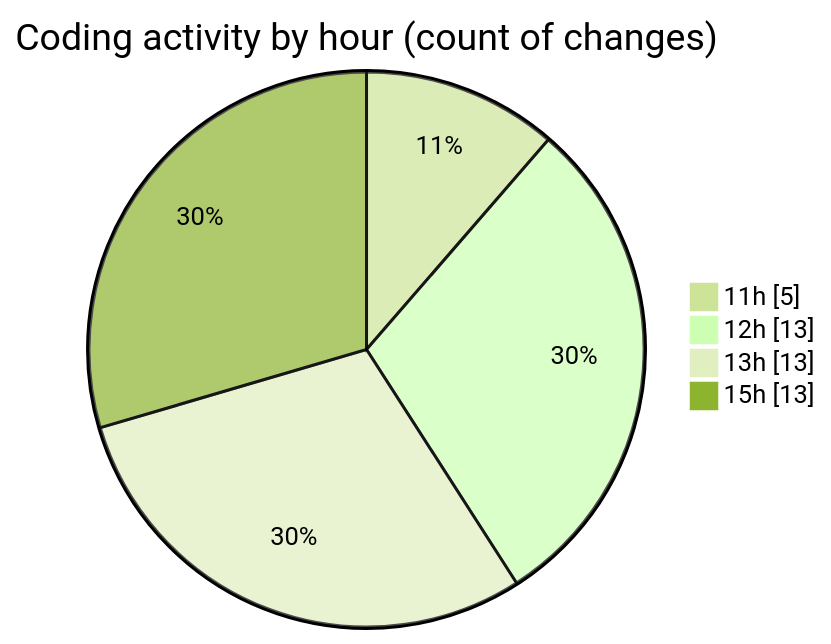
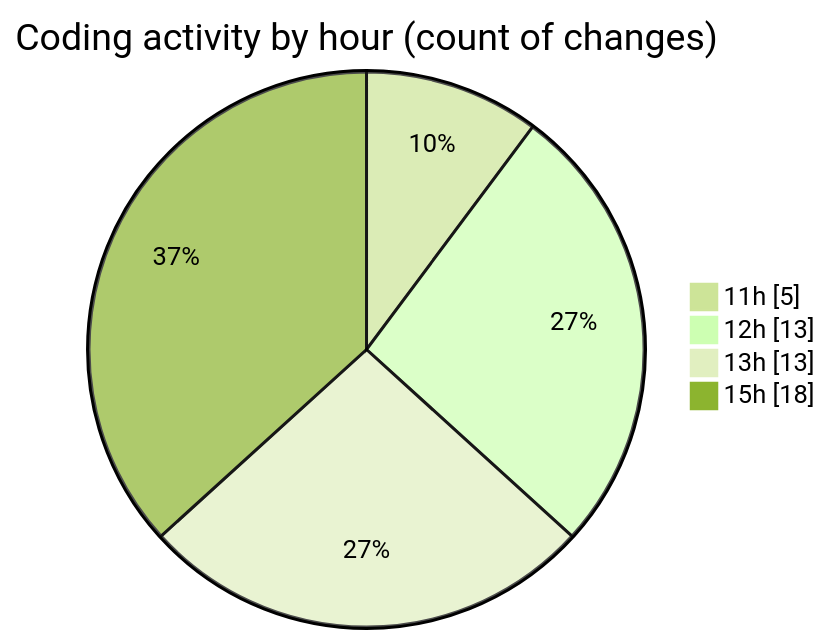
The second of 2 diagrams in 2025-08-06/nxtqube_webapp/README.md (nxtqubesakshisongat/code-tracking), drawn with Mermaid (forest theme) before and after one commit. The commit also changed other lines of this file and 1 other file, not shown here.

````diff
--- a/2025-08-06/nxtqube_webapp/README.md
+++ b/2025-08-06/nxtqube_webapp/README.md
@@ -39,8 +39,8 @@
 ```mermaid
 pie showData
 title Coding activity by hour (count of changes)
 "11h" : 5
 "12h" : 13
 "13h" : 13
-"15h" : 13
+"15h" : 18
 ```
````
